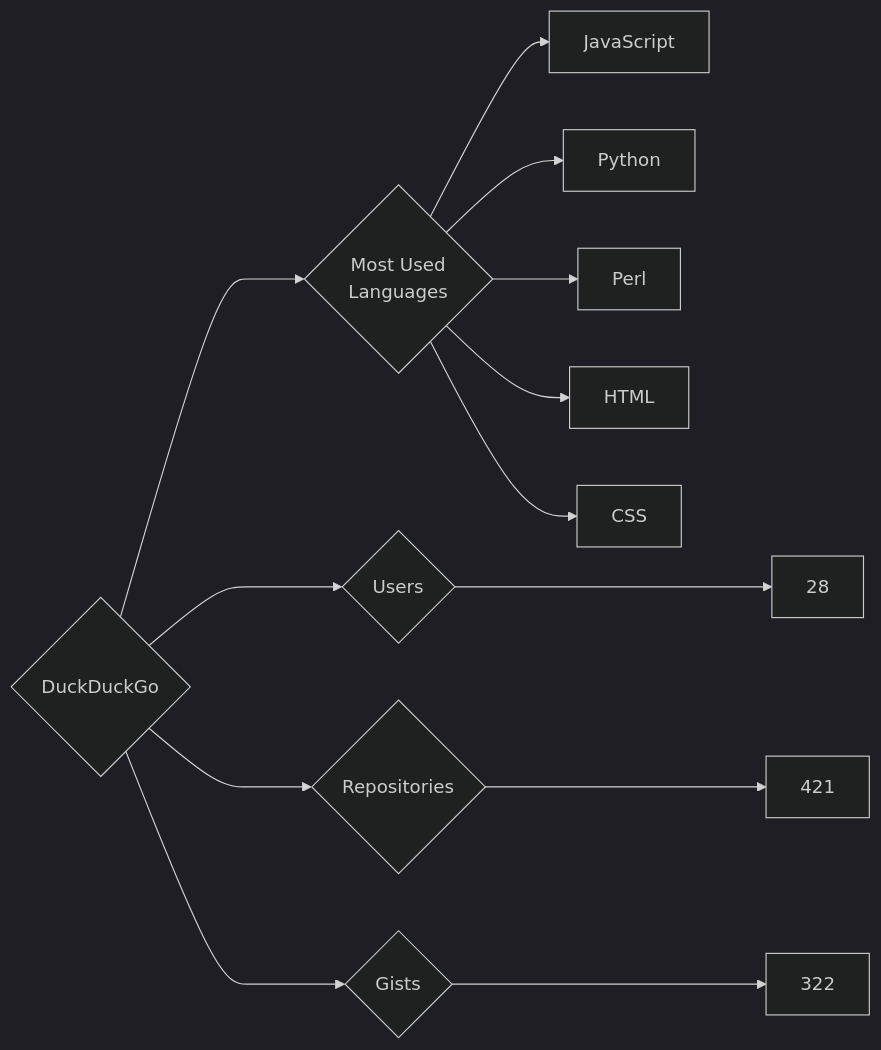
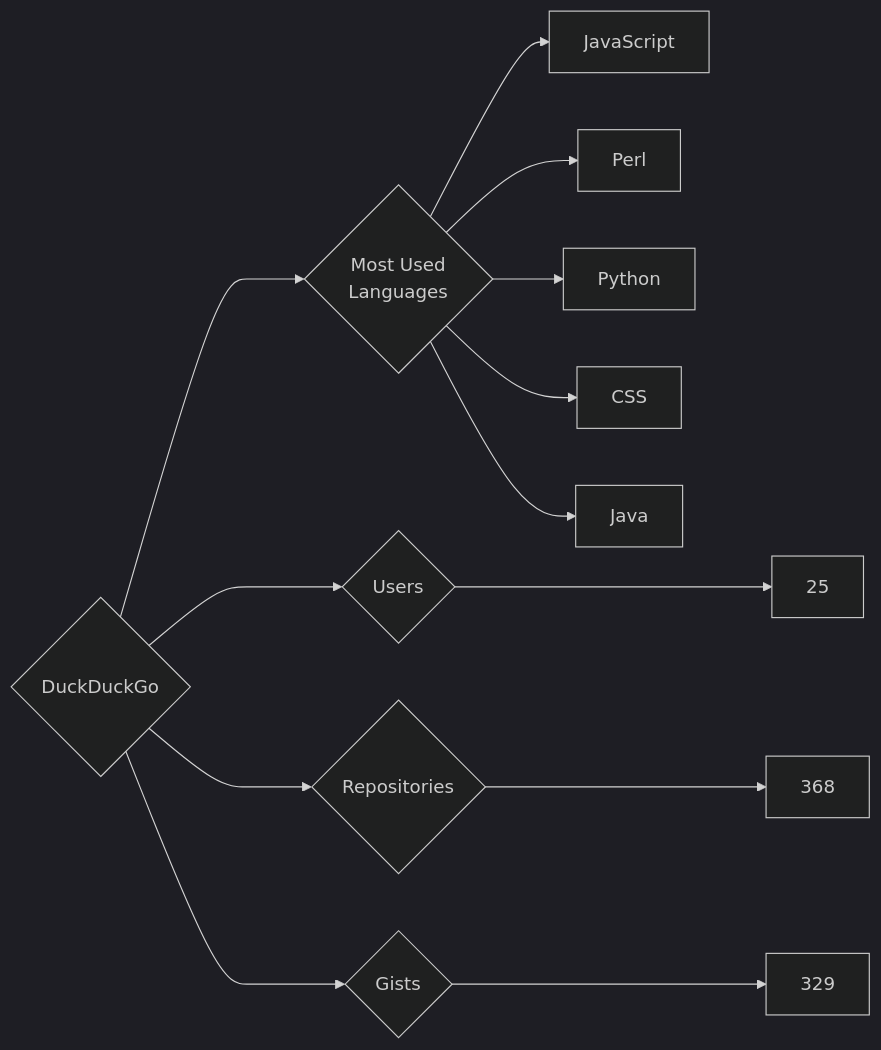
Before and after one commit to trickest/insiders: the diagram in targets/DuckDuckGo/README.md, drawn with Mermaid (dark theme). The commit also changed 736 other files, not shown here.

````diff
--- a/targets/DuckDuckGo/README.md
+++ b/targets/DuckDuckGo/README.md
@@ -3,13 +3,13 @@
 ```mermaid
 graph LR
 COMPANY_NAME{DuckDuckGo}
-COMPANY_NAME ---> U{Users} ---> UN[28]
-COMPANY_NAME ---> R{Repositories} ---> RN[421]
-COMPANY_NAME ---> G{Gists} ---> GN[322]
+COMPANY_NAME ---> U{Users} ---> UN[25]
+COMPANY_NAME ---> R{Repositories} ---> RN[368]
+COMPANY_NAME ---> G{Gists} ---> GN[329]
 COMPANY_NAME ---> ML{Most Used<br>Languages}
 ML --> JavaScript[JavaScript]
+ML --> Perl[Perl]
 ML --> Python[Python]
-ML --> Perl[Perl]
-ML --> HTML[HTML]
 ML --> CSS[CSS]
+ML --> Java[Java]
 ```
````
